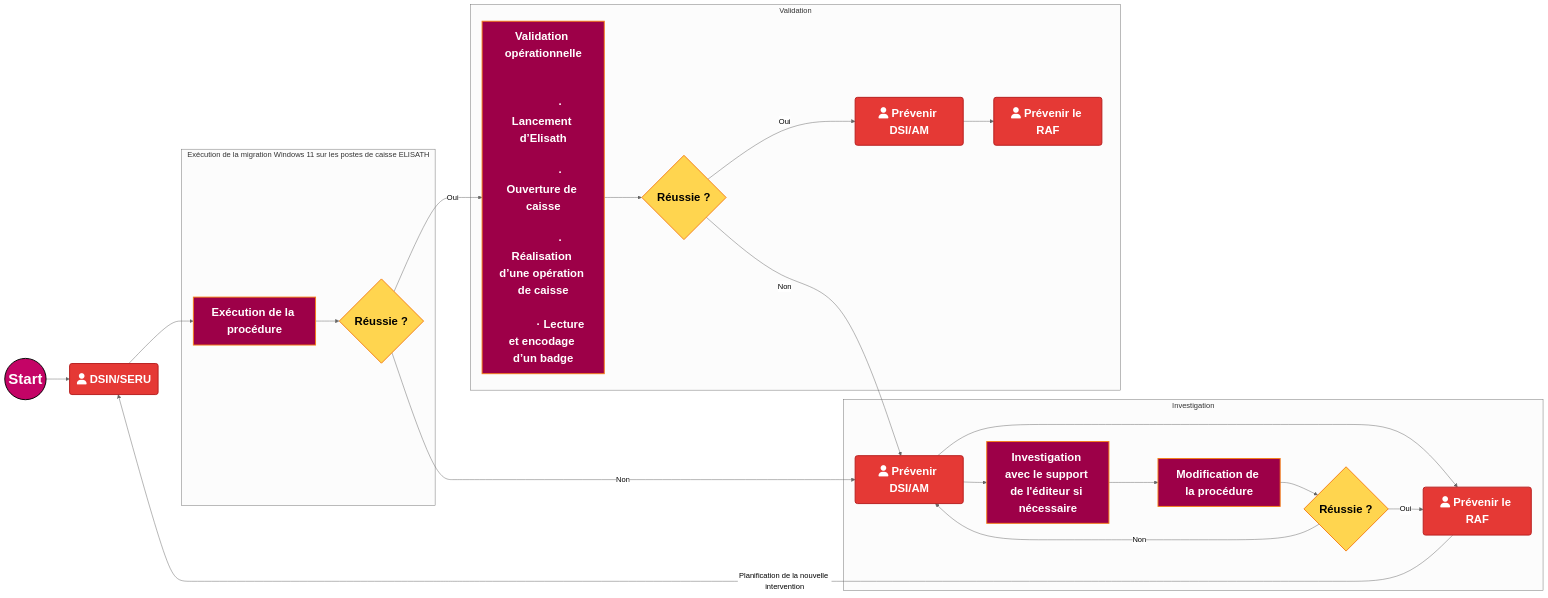
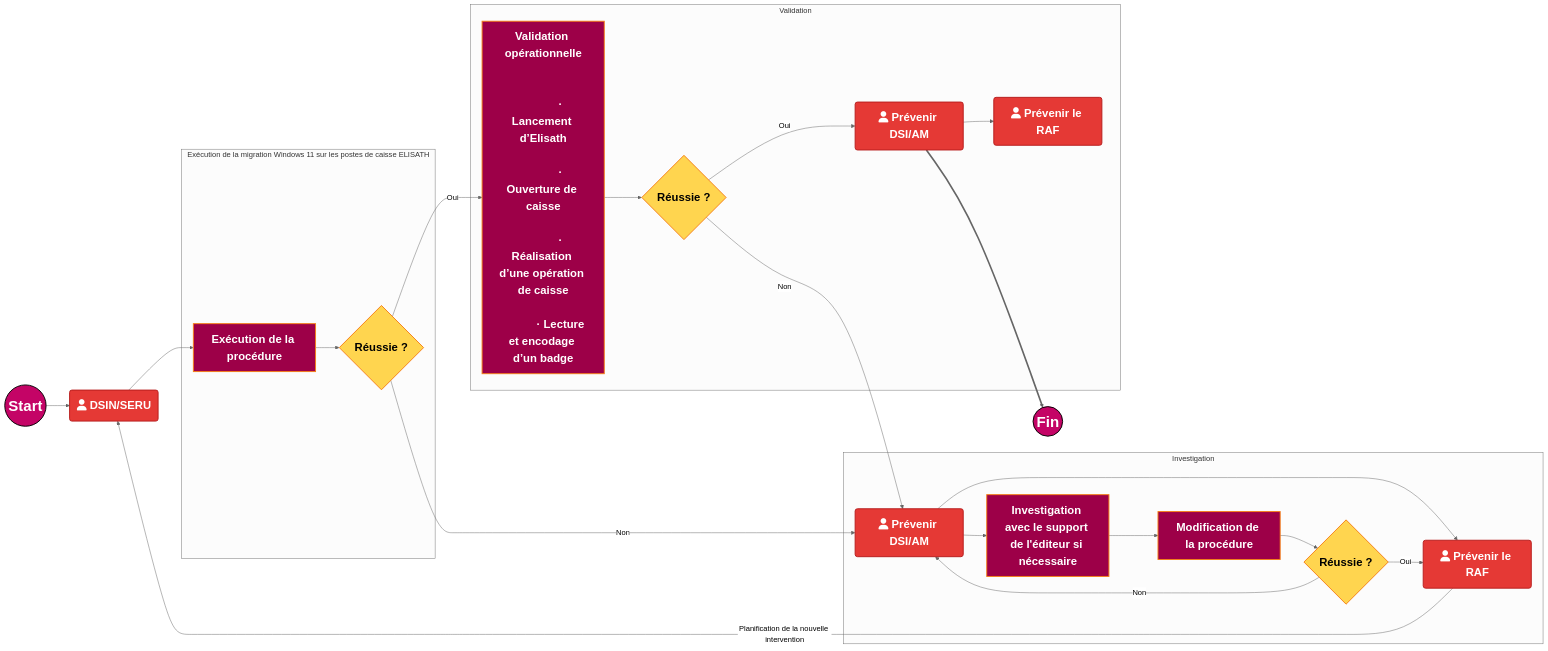
Before and after one commit to fdadda/iodraw-files: the diagram in all/Flux de validation.md, drawn with Mermaid (neutral theme).

Commit message:
2026-05-12 12:14:48 update

````diff
--- a/all/Flux de validation.md
+++ b/all/Flux de validation.md
@@ -1,61 +1,62 @@
 ```mermaid
 flowchart LR
 
     start((Start)) --> A
     A(fa:fa-user DSIN/SERU) --> B[Exécution de la procédure]
 
     subgraph Exécution de la migration Windows 11 sur les postes de caisse ELISATH
         B --> C{Réussie ?}
     end
 
     subgraph Validation
         C -->|Oui| D["Validation opérationnelle<br/><br/>
             · Lancement d’Elisath<br/>
             · Ouverture de caisse<br/>
             · Réalisation d’une opération de caisse<br/>
             · Lecture et encodage d’un badge"]
 
         D --> Val{Réussie ?}
 
         Val -->|Oui| PrevDSI(fa:fa-user Prévenir DSI/AM)
        
        
         PrevDSI  --> PrevRAF(fa:fa-user Prévenir le RAF)
     end
+     PrevDSI ==> fin((Fin))
     Val --> |Non| E
     subgraph Investigation
         C -->|Non| E(fa:fa-user Prévenir DSI/AM)
         E --> F(fa:fa-user Prévenir le RAF)
         E --> G[Investigation avec le support de l'éditeur si nécessaire]
         G --> H[Modification de la procédure]
         H --> I{Réussie ?}
         I -->|Oui| F
         I -->|Non| E
     end
 
     F -->|Planification de la nouvelle intervention| A
 
     %% --- STYLES ---
     classDef StartEndPoint  fill:#c40466,stroke:#000,color:#fff,stroke-width:2px,font-size:32px,font-weight:bold;
     classDef Decision       fill:#ffd54f,stroke:#f57f17,color:#000,stroke-width:2px,font-size:24px,font-weight:bold;
     classDef Action         fill:#9d0048,stroke:#f57f17,color:#fff,stroke-width:2px,font-size:24px,font-weight:bold;
     classDef Error          fill:#e53935,stroke:#b71c1c,color:#fff,stroke-width:2px,font-size:24px,font-weight:bold;
 
     %% --- AFFECTATION DES CLASSES ---
     class start,fin StartEndPoint;
     class C,I,Val Decision;
     class A,E,F,PrevDSI,PrevRAF Error;
     class B,D,G,H Action;
     %% --- “CEINTURE + BRETELLES” (force le style sur les 2 nœuds) ---
     %%style start font-size:32px,font-weight:bold
     %%style fin   font-size:32px,font-weight:bold
 
     %% --- Codes couleur (commentaires) ---
     %% Bleu marine #000080
     %% Midnight blue #191970
     %% Bleu foncé intense #080F70
     %% Bleu foncé moderne #111184
     %% Orange #ffd54f
     %% Rouge #e53935
     %% Rose CAPI #c40466
 ```
````
